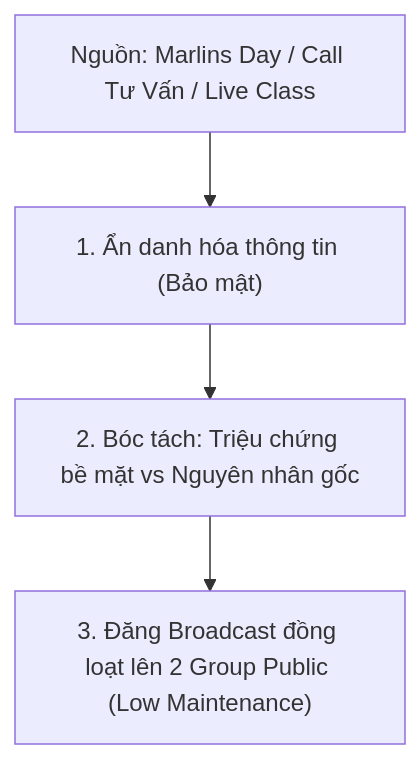
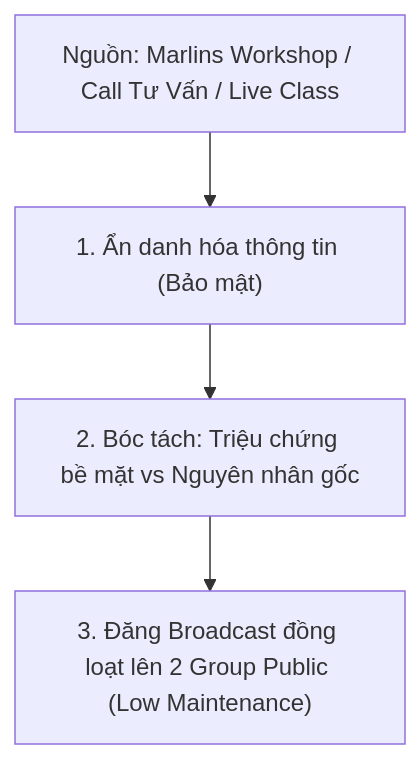
One commit to hongdang023/Marlins-Care changed the diagram in playbooks/community/framework.md. Above: the diagram before and after it, drawn with Mermaid. The commit also changed 70 other files, not shown here.

Commit message:
feat: update Marlins Workshop schedule/agenda & remove Marlins Day offline references

````diff
--- a/playbooks/community/framework.md
+++ b/playbooks/community/framework.md
@@ -9,6 +9,6 @@
 ```mermaid
 graph TD
-    A["Nguồn: Marlins Day / Call Tư Vấn / Live Class"] --> B["1. Ẩn danh hóa thông tin (Bảo mật)"]
+    A["Nguồn: Marlins Workshop / Call Tư Vấn / Live Class"] --> B["1. Ẩn danh hóa thông tin (Bảo mật)"]
     B --> C["2. Bóc tách: Triệu chứng bề mặt vs Nguyên nhân gốc"]
     C --> D["3. Đăng Broadcast đồng loạt lên 2 Group Public (Low Maintenance)"]
 ```
````
